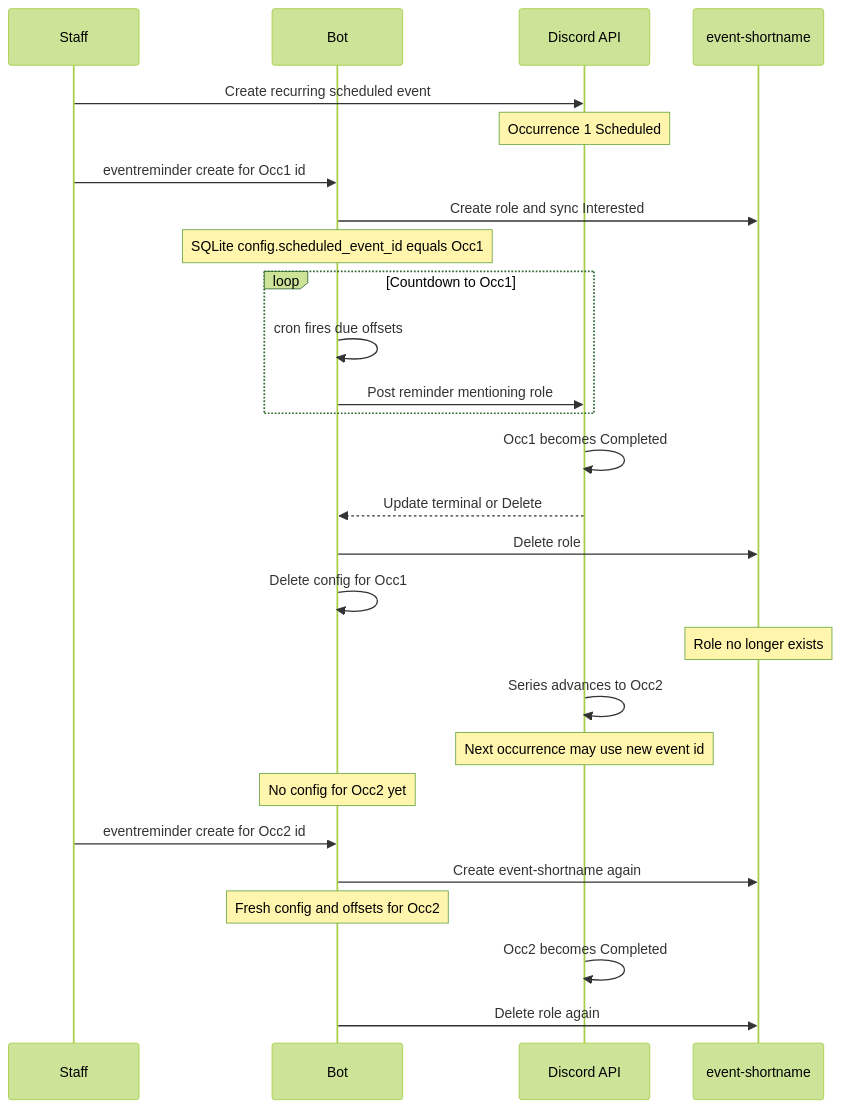
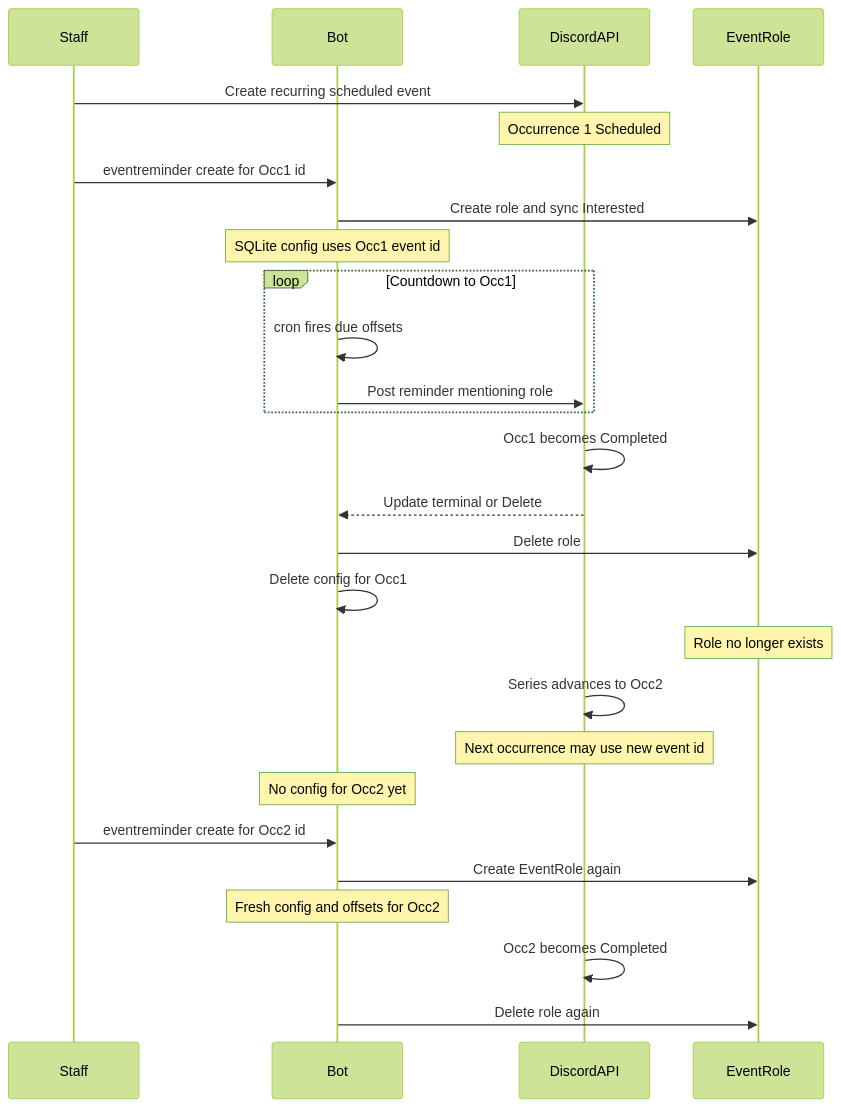
The fourth of 4 diagrams in docs/event-reminders.md (metalsp0rk/HeisenXP-Bot), drawn with Mermaid (forest theme) before and after one commit. The commit also changed other lines of this file, not shown here.

Commit message:
docs: fix mermaid sequence diagrams for event roles
Revalidate with mermaid-cli: drop semicolons in notes, hyphenated
participant aliases, and other sequence syntax that GitHub/Mermaid reject.

````diff
--- a/docs/event-reminders.md
+++ b/docs/event-reminders.md
@@ -124,36 +124,36 @@
 ```mermaid
 sequenceDiagram
   participant Staff
   participant Bot
-  participant Discord as Discord API
-  participant Role as event-shortname
+  participant Discord as DiscordAPI
+  participant Role as EventRole
 
   Staff->>Discord: Create recurring scheduled event
   Note over Discord: Occurrence 1 Scheduled
 
   Staff->>Bot: eventreminder create for Occ1 id
   Bot->>Role: Create role and sync Interested
-  Note over Bot: SQLite config.scheduled_event_id equals Occ1
+  Note over Bot: SQLite config uses Occ1 event id
 
   loop Countdown to Occ1
     Bot->>Bot: cron fires due offsets
     Bot->>Discord: Post reminder mentioning role
   end
 
   Discord->>Discord: Occ1 becomes Completed
   Discord-->>Bot: Update terminal or Delete
   Bot->>Role: Delete role
   Bot->>Bot: Delete config for Occ1
   Note over Role: Role no longer exists
 
   Discord->>Discord: Series advances to Occ2
   Note over Discord: Next occurrence may use new event id
   Note over Bot: No config for Occ2 yet
 
   Staff->>Bot: eventreminder create for Occ2 id
-  Bot->>Role: Create event-shortname again
+  Bot->>Role: Create EventRole again
   Note over Bot: Fresh config and offsets for Occ2
 
   Discord->>Discord: Occ2 becomes Completed
   Bot->>Role: Delete role again
 ```
````
